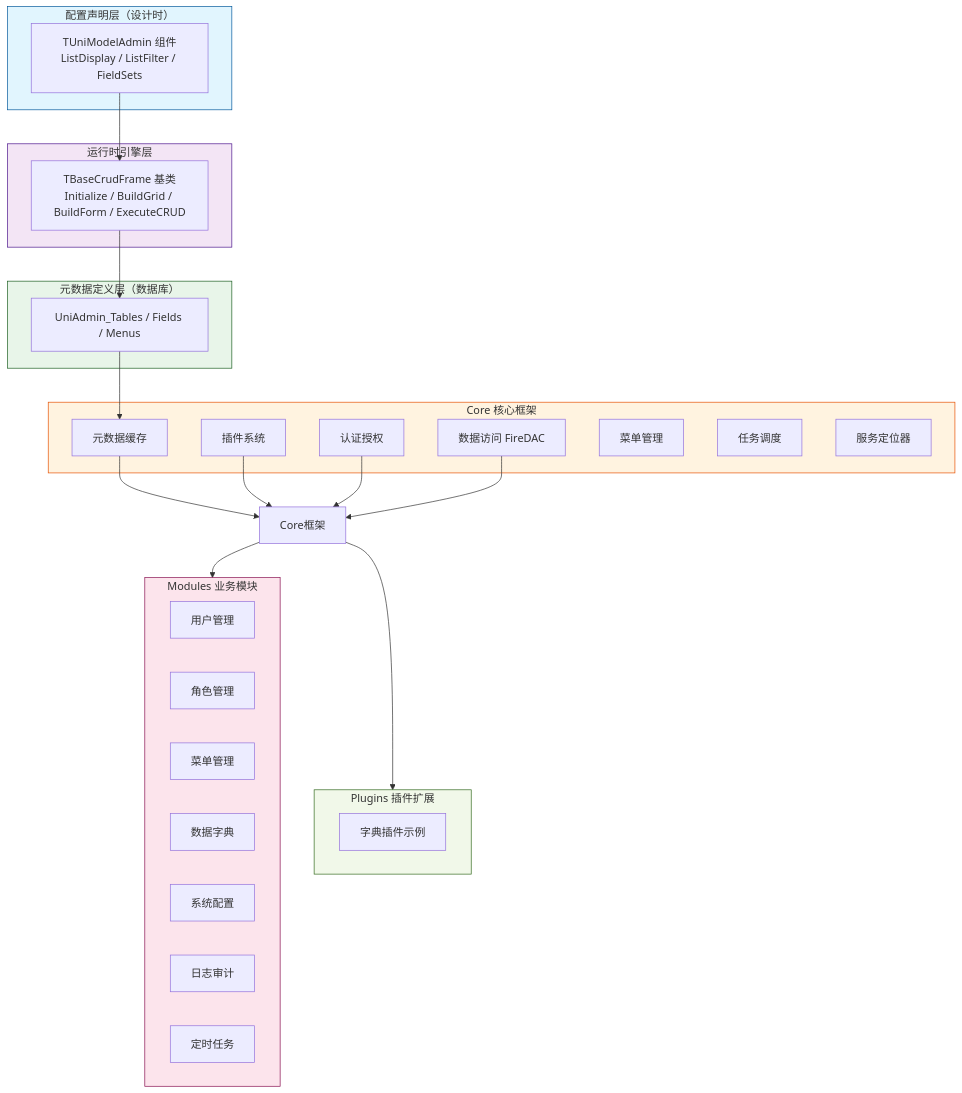
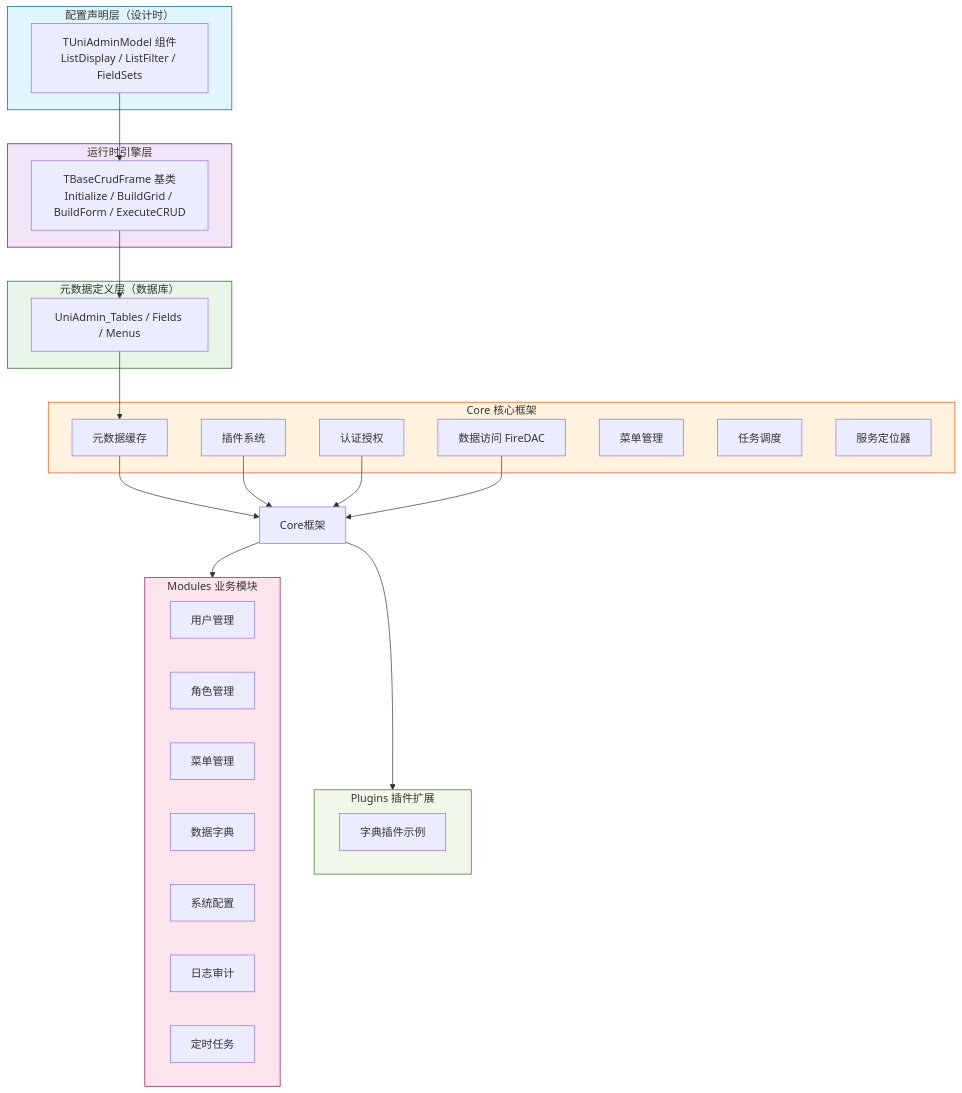
One commit to elvis-shi-Canada/unigui-admin changed the first of 2 diagrams in CLAUDE.md. Above: the diagram before and after it, drawn with Mermaid. The commit also changed other lines of this file and 18 other files, not shown here.

````diff
--- a/CLAUDE.md
+++ b/CLAUDE.md
@@ -33,57 +33,57 @@
 ```mermaid
 graph TB
     subgraph 配置声明层["配置声明层（设计时）"]
-        MA["TUniModelAdmin 组件<br/>ListDisplay / ListFilter / FieldSets"]
+        MA["TUniAdminModel 组件<br/>ListDisplay / ListFilter / FieldSets"]
     end
 
     subgraph 运行时引擎["运行时引擎层"]
         BCF["TBaseCrudFrame 基类<br/>Initialize / BuildGrid / BuildForm / ExecuteCRUD"]
     end
 
     subgraph 元数据层["元数据定义层（数据库）"]
         DB["UniAdmin_Tables / Fields / Menus"]
     end
 
     subgraph 核心框架["Core 核心框架"]
         Plugin["插件系统"]
         Auth["认证授权"]
         Data["数据访问 FireDAC"]
         Meta["元数据缓存"]
         Menu["菜单管理"]
         Sched["任务调度"]
         Svc["服务定位器"]
     end
 
     subgraph 业务模块["Modules 业务模块"]
         User["用户管理"]
         Role["角色管理"]
         MenuM["菜单管理"]
         Dict["数据字典"]
         Cfg["系统配置"]
         Log["日志审计"]
         Task["定时任务"]
     end
 
     subgraph 扩展层["Plugins 插件扩展"]
         DictPlugin["字典插件示例"]
     end
 
     MA --> BCF
     BCF --> DB
     DB --> Meta
     Meta --> Core框架
 
     Plugin --> Core框架
     Auth --> Core框架
     Data --> Core框架
 
     Core框架 --> 业务模块
     Core框架 --> 扩展层
 
     style 配置声明层 fill:#e1f5fe,stroke:#01579b
     style 运行时引擎 fill:#f3e5f5,stroke:#4a148c
     style 元数据层 fill:#e8f5e9,stroke:#1b5e20
     style 核心框架 fill:#fff3e0,stroke:#e65100
     style 业务模块 fill:#fce4ec,stroke:#880e4f
     style 扩展层 fill:#f1f8e9,stroke:#33691e
 ```
````
